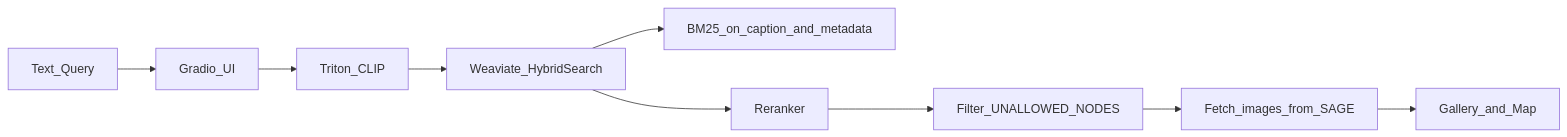
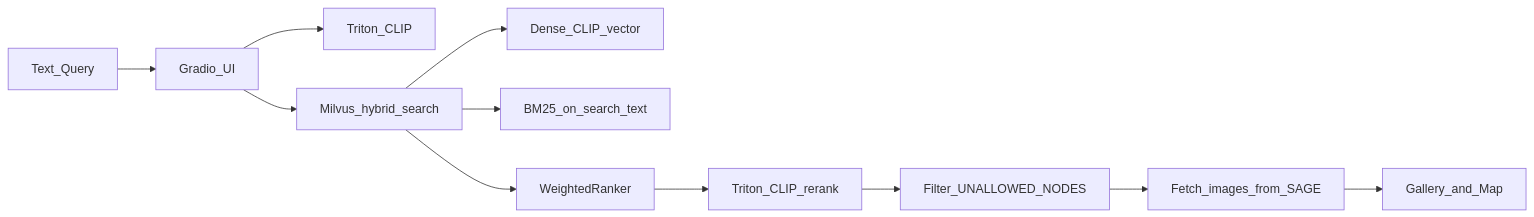
One commit to waggle-sensor/sage-nrp-image-search changed the second of 2 diagrams in docs/architecture.md. Above: the diagram before and after it, drawn with Mermaid. The commit also changed other lines of this file and 63 other files, not shown here.

Commit message:
modified image search to use milvus instead of weaviate

````diff
--- a/docs/architecture.md
+++ b/docs/architecture.md
@@ -29,11 +29,13 @@
 ```mermaid
 flowchart LR
     User[Text_Query] --> Gradio[Gradio_UI]
     Gradio --> Triton[Triton_CLIP]
-    Triton --> Hybrid[Weaviate_HybridSearch]
-    Hybrid --> BM25[BM25_on_caption_and_metadata]
-    Hybrid --> Rerank[Reranker]
+    Gradio --> Hybrid[Milvus_hybrid_search]
+    Hybrid --> Dense[Dense_CLIP_vector]
+    Hybrid --> Sparse[BM25_on_search_text]
+    Hybrid --> Ranker[WeightedRanker]
+    Ranker --> Rerank[Triton_CLIP_rerank]
     Rerank --> Auth[Filter_UNALLOWED_NODES]
     Auth --> Fetch[Fetch_images_from_SAGE]
     Fetch --> Results[Gallery_and_Map]
 ```
````
